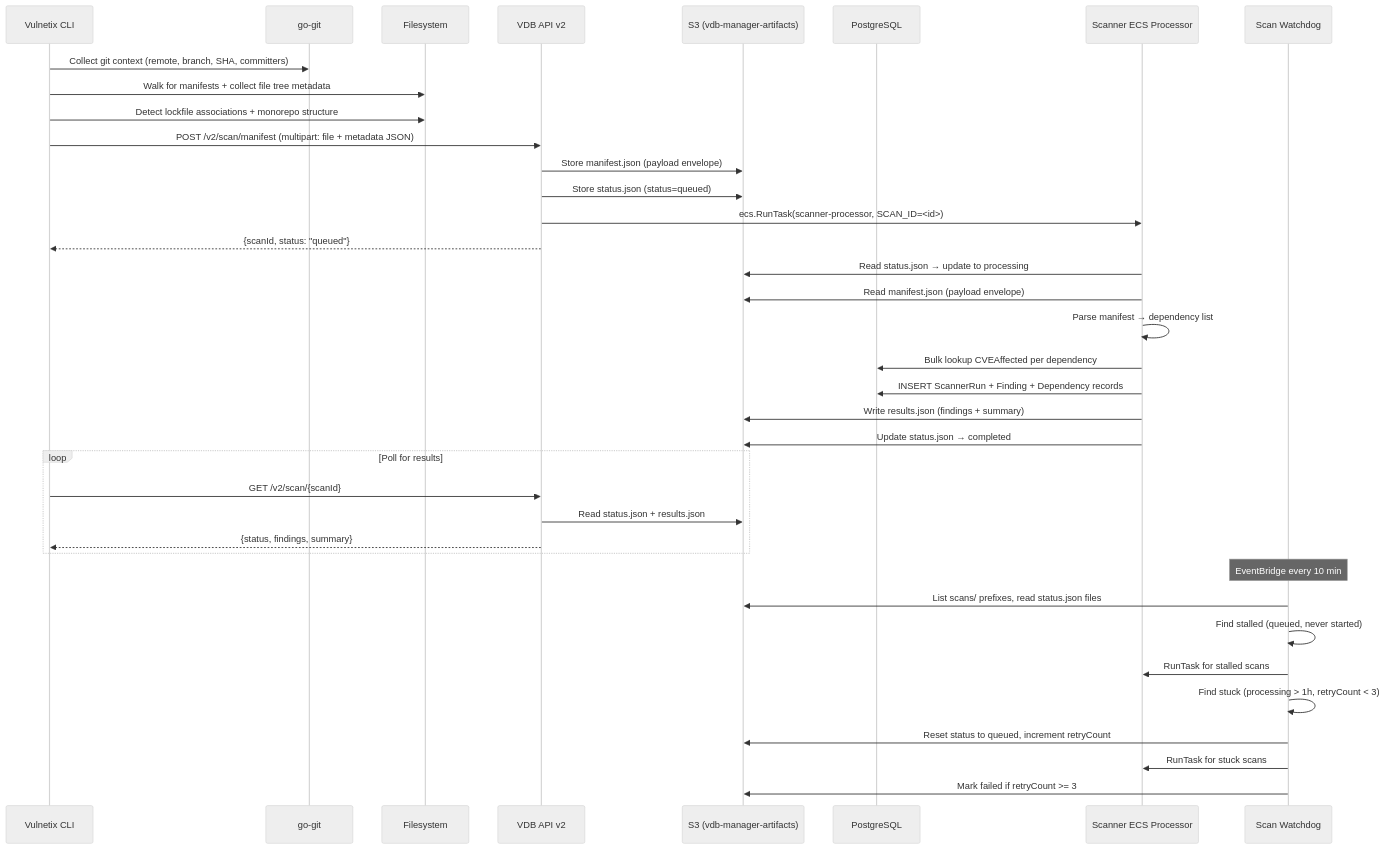
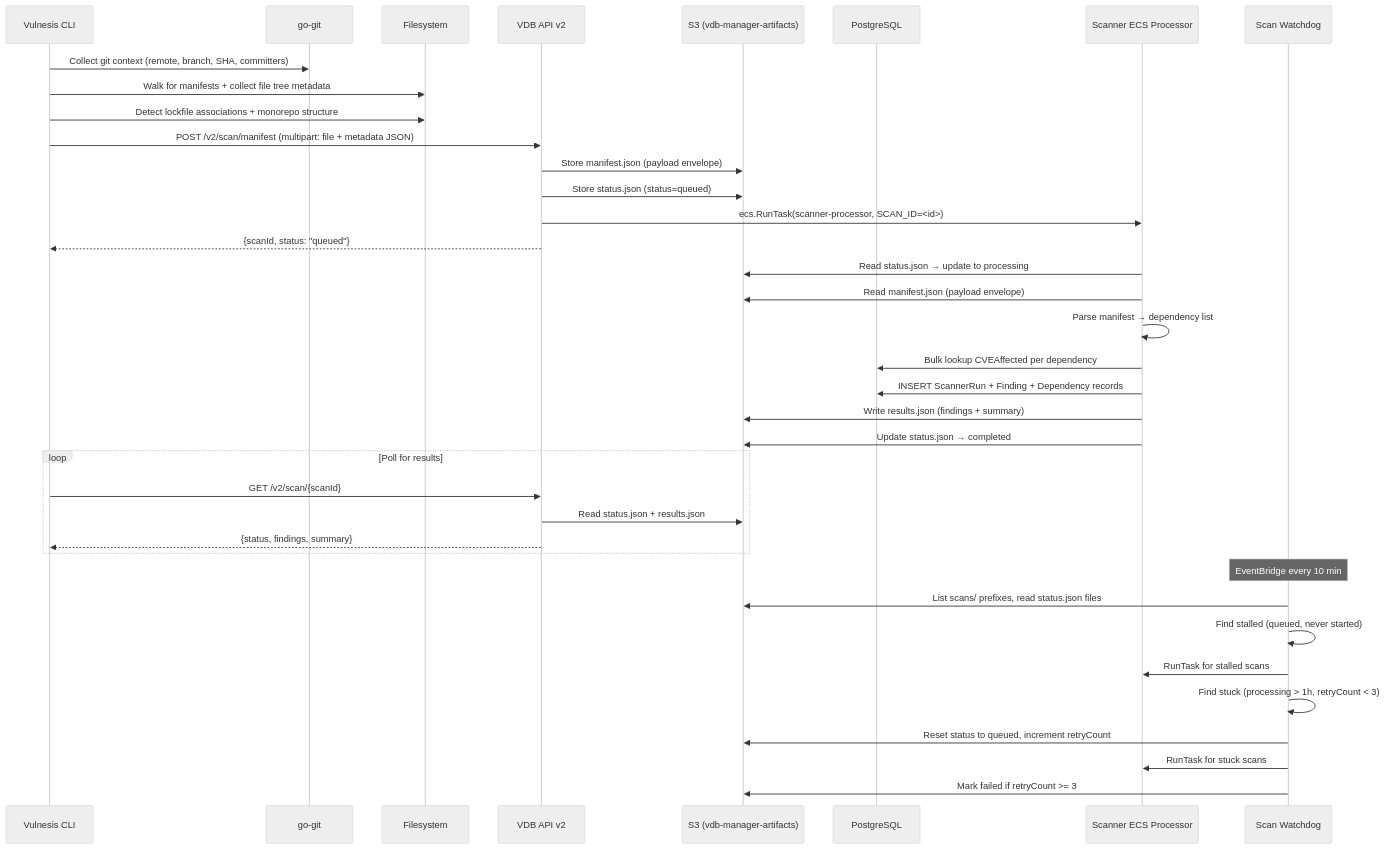
Before and after one commit to Vulnetix/cli: the first of 2 diagrams in docs/scanner-ecs-architecture.md, drawn with Mermaid (neutral theme). The commit also changed other lines of this file and 77 other files, not shown here.

First line of the commit message:
feat: run-time brand switch (default Vulnetix) and Vulnesis docs (#352)

````diff
--- a/docs/scanner-ecs-architecture.md
+++ b/docs/scanner-ecs-architecture.md
@@ -16,44 +16,44 @@
 ```mermaid
 sequenceDiagram
-    participant CLI as Vulnetix CLI
+    participant CLI as Vulnesis CLI
     participant Git as go-git
     participant FS as Filesystem
     participant API as VDB API v2
     participant S3 as S3 (vdb-manager-artifacts)
     participant DB as PostgreSQL
     participant ECS as Scanner ECS Processor
     participant WD as Scan Watchdog
 
     CLI->>Git: Collect git context (remote, branch, SHA, committers)
     CLI->>FS: Walk for manifests + collect file tree metadata
     CLI->>FS: Detect lockfile associations + monorepo structure
 
     CLI->>API: POST /v2/scan/manifest (multipart: file + metadata JSON)
     API->>S3: Store manifest.json (payload envelope)
     API->>S3: Store status.json (status=queued)
     API->>ECS: ecs.RunTask(scanner-processor, SCAN_ID=<id>)
     API-->>CLI: {scanId, status: "queued"}
 
     ECS->>S3: Read status.json → update to processing
     ECS->>S3: Read manifest.json (payload envelope)
     ECS->>ECS: Parse manifest → dependency list
     ECS->>DB: Bulk lookup CVEAffected per dependency
     ECS->>DB: INSERT ScannerRun + Finding + Dependency records
     ECS->>S3: Write results.json (findings + summary)
     ECS->>S3: Update status.json → completed
 
     loop Poll for results
         CLI->>API: GET /v2/scan/{scanId}
         API->>S3: Read status.json + results.json
         API-->>CLI: {status, findings, summary}
     end
 
     Note over WD: EventBridge every 10 min
     WD->>S3: List scans/ prefixes, read status.json files
     WD->>WD: Find stalled (queued, never started)
     WD->>ECS: RunTask for stalled scans
     WD->>WD: Find stuck (processing > 1h, retryCount < 3)
     WD->>S3: Reset status to queued, increment retryCount
     WD->>ECS: RunTask for stuck scans
     WD->>S3: Mark failed if retryCount >= 3
 ```
````
